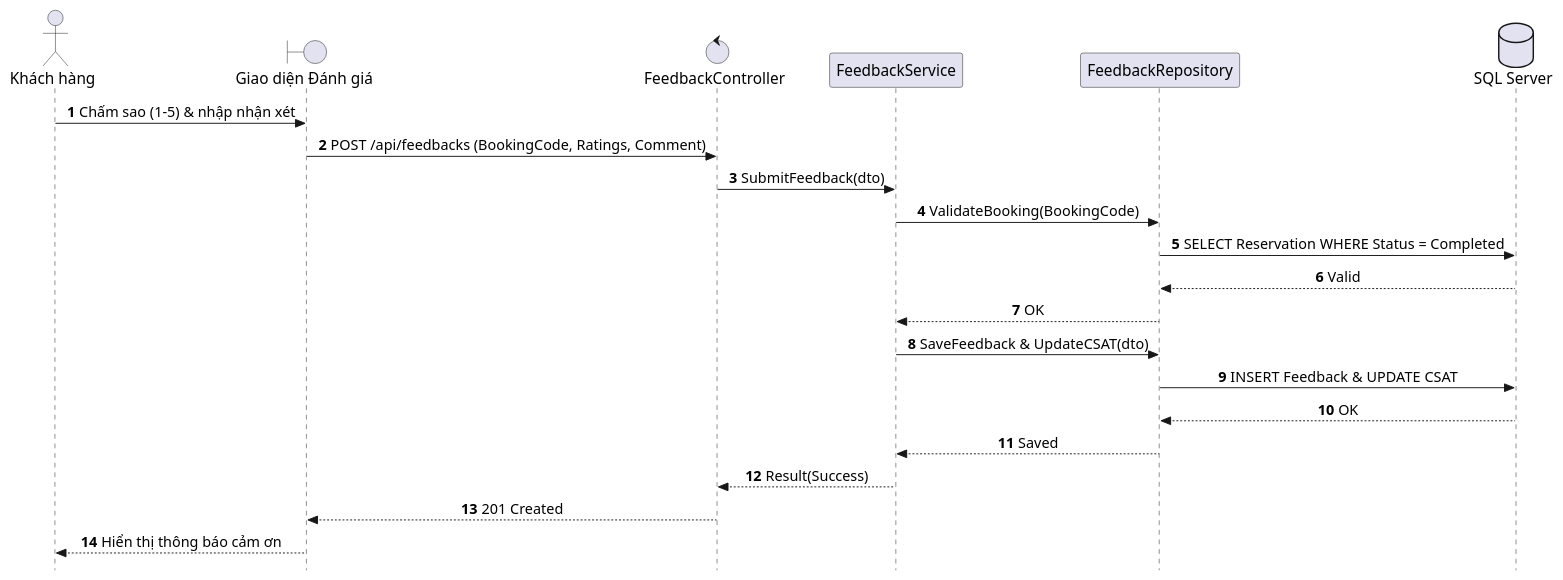
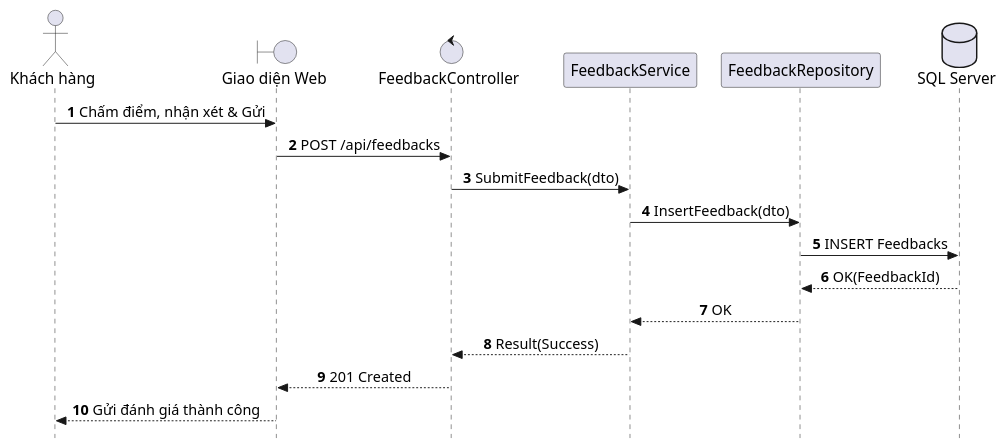
One commit to AndrewQng/VinDining changed the diagram in docs/use-cases/UC-U4_Danh_Gia_Va_Phan_Hoi.md. Above: the diagram before and after it, drawn with PlantUML. The commit also changed other lines of this file and 87 other files, not shown here.

Commit message:
docs: add phase 1 use case specifications, sequence diagrams, and architecture diagrams

````diff
--- a/docs/use-cases/UC-U4_Danh_Gia_Va_Phan_Hoi.md
+++ b/docs/use-cases/UC-U4_Danh_Gia_Va_Phan_Hoi.md
@@ -1,37 +24,33 @@
 ```plantuml
 @startuml SD_UC_U4_Submit_Feedback
 autonumber
 skinparam style strictuml
 skinparam sequenceMessageAlign center
 skinparam responseMessageBelowArrow true
 skinparam defaultFontName "Segoe UI", Arial, sans-serif
 skinparam defaultFontSize 16
 skinparam sequenceActorFontSize 16
 skinparam sequenceParticipantFontSize 16
 skinparam sequenceArrowFontSize 15
 skinparam sequenceGroupFontSize 15
 skinparam sequenceGroupHeaderFontSize 15
 
 actor "Khách hàng" as Guest
-boundary "Giao diện Đánh giá" as UI
+boundary "Giao diện Web" as UI
 control "FeedbackController" as Controller
 participant "FeedbackService" as Service
 participant "FeedbackRepository" as Repo
 database "SQL Server" as DB
 
-Guest -> UI: Chấm sao (1-5) & nhập nhận xét
-UI -> Controller: POST /api/feedbacks (BookingCode, Ratings, Comment)
+Guest -> UI: Chấm điểm, nhận xét & Gửi
+UI -> Controller: POST /api/feedbacks
 Controller -> Service: SubmitFeedback(dto)
-Service -> Repo: ValidateBooking(BookingCode)
-Repo -> DB: SELECT Reservation WHERE Status = Completed
-DB --> Repo: Valid
+Service -> Repo: InsertFeedback(dto)
+Repo -> DB: INSERT Feedbacks
+DB --> Repo: OK(FeedbackId)
 Repo --> Service: OK
-Service -> Repo: SaveFeedback & UpdateCSAT(dto)
-Repo -> DB: INSERT Feedback & UPDATE CSAT
-DB --> Repo: OK
-Repo --> Service: Saved
 Service --> Controller: Result(Success)
 Controller --> UI: 201 Created
-UI --> Guest: Hiển thị thông báo cảm ơn
+UI --> Guest: Gửi đánh giá thành công
 @enduml
 ```
````
